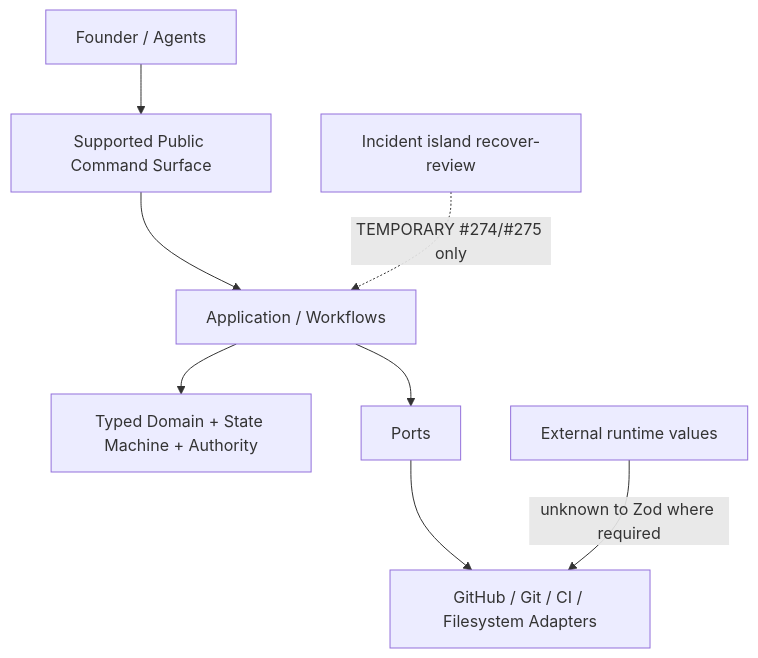
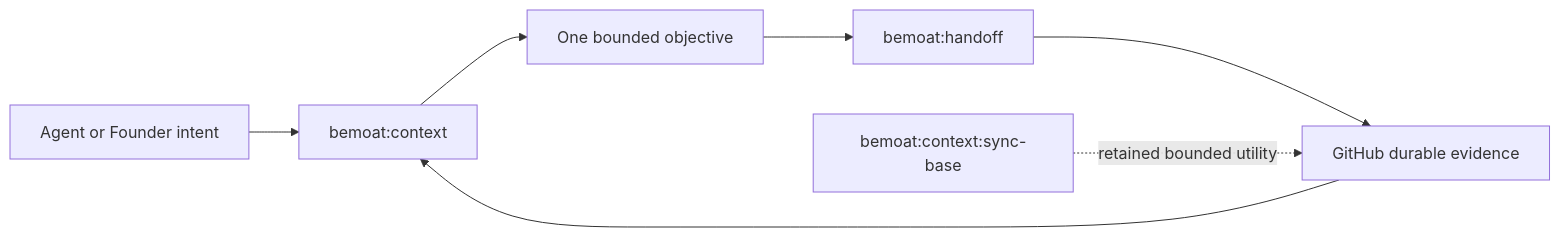
One commit to boat1994/bemoat-web-starter changed the first of 4 diagrams in docs/mission-control/architecture-blueprint.md. Above: the diagram before and after it, drawn with Mermaid. The commit also changed other lines of this file and 27 other files, not shown here.

````diff
--- a/docs/mission-control/architecture-blueprint.md
+++ b/docs/mission-control/architecture-blueprint.md
@@ -82,10 +111,9 @@
 ```mermaid
-flowchart TB
-    A[Founder / Agents] --> B[Supported Public Command Surface]
-    B --> C[Application / Workflows]
-    C --> D[Typed Domain + State Machine + Authority]
-    C --> E[Ports]
-    E --> F[GitHub / Git / CI / Filesystem Adapters]
-    X[External runtime values] -->|unknown to Zod where required| F
-    I[Incident island recover-review] -.->|TEMPORARY #274/#275 only| C
+flowchart LR
+    A[Agent or Founder intent] --> B[bemoat:context]
+    B --> C[One bounded objective]
+    C --> D[bemoat:handoff]
+    D --> E[GitHub durable evidence]
+    E --> B
+    S[bemoat:context:sync-base] -.->|retained bounded utility| E
 ```
````
